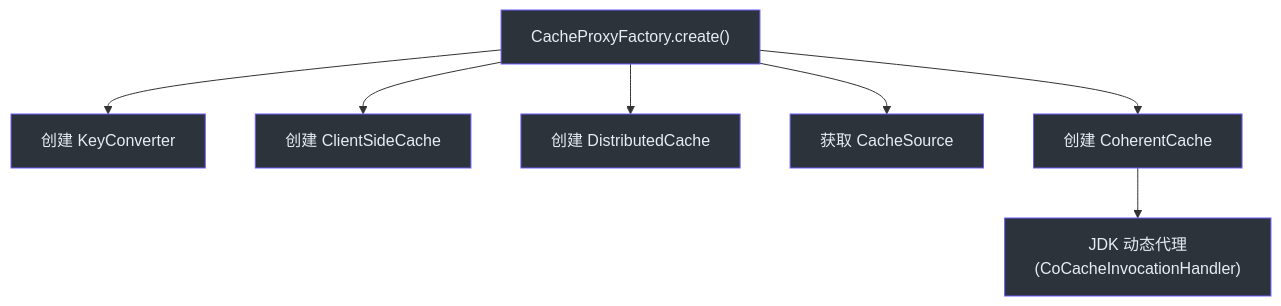
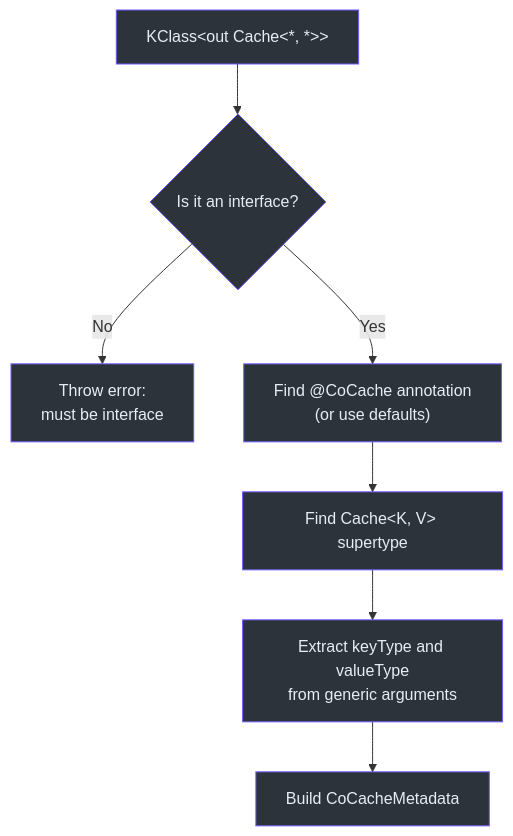
The third of 6 diagrams in wiki/zh/architecture/proxy.md (Ahoo-Wang/CoCache), drawn with Mermaid before and after one commit. The commit also changed other lines of this file and 25 other files, not shown here.

````diff
--- a/wiki/zh/architecture/proxy.md
+++ b/wiki/zh/architecture/proxy.md
@@ -152,17 +163,18 @@
 ```mermaid
-graph TB
-    CPF["CacheProxyFactory.create()"] --> KC["创建 KeyConverter"]
-    CPF --> CSC["创建 ClientSideCache"]
-    CPF --> DC["创建 DistributedCache"]
-    CPF --> CS["获取 CacheSource"]
-    CPF --> CC["创建 CoherentCache"]
-    CC --> Proxy["JDK 动态代理<br>(CoCacheInvocationHandler)"]
+flowchart TD
+    Input["KClass&lt;out Cache&lt;*, *&gt;&gt;"] --> IsInterface{"Is it an interface?"}
+    IsInterface -->|No| Error["Throw error:<br>must be interface"]
+    IsInterface -->|Yes| FindAnnotation["Find @CoCache annotation<br>(or use defaults)"]
+    FindAnnotation --> FindSuper["Find Cache&lt;K, V&gt; supertype"]
+    FindSuper --> ExtractTypes["Extract keyType and valueType<br>from generic arguments"]
+    ExtractTypes --> BuildMetadata["Build CoCacheMetadata"]
 
-    style CPF fill:#2d333b,stroke:#6d5dfc,color:#e6edf3
-    style KC fill:#2d333b,stroke:#6d5dfc,color:#e6edf3
-    style CSC fill:#2d333b,stroke:#6d5dfc,color:#e6edf3
-    style DC fill:#2d333b,stroke:#6d5dfc,color:#e6edf3
-    style CS fill:#2d333b,stroke:#6d5dfc,color:#e6edf3
-    style CC fill:#2d333b,stroke:#6d5dfc,color:#e6edf3
-    style Proxy fill:#2d333b,stroke:#6d5dfc,color:#e6edf3
+    style Input fill:#2d333b,stroke:#6d5dfc,color:#e6edf3
+    style IsInterface fill:#2d333b,stroke:#6d5dfc,color:#e6edf3
+    style Error fill:#2d333b,stroke:#6d5dfc,color:#e6edf3
+    style FindAnnotation fill:#2d333b,stroke:#6d5dfc,color:#e6edf3
+    style FindSuper fill:#2d333b,stroke:#6d5dfc,color:#e6edf3
+    style ExtractTypes fill:#2d333b,stroke:#6d5dfc,color:#e6edf3
+    style BuildMetadata fill:#2d333b,stroke:#6d5dfc,color:#e6edf3
+
 ```
````
